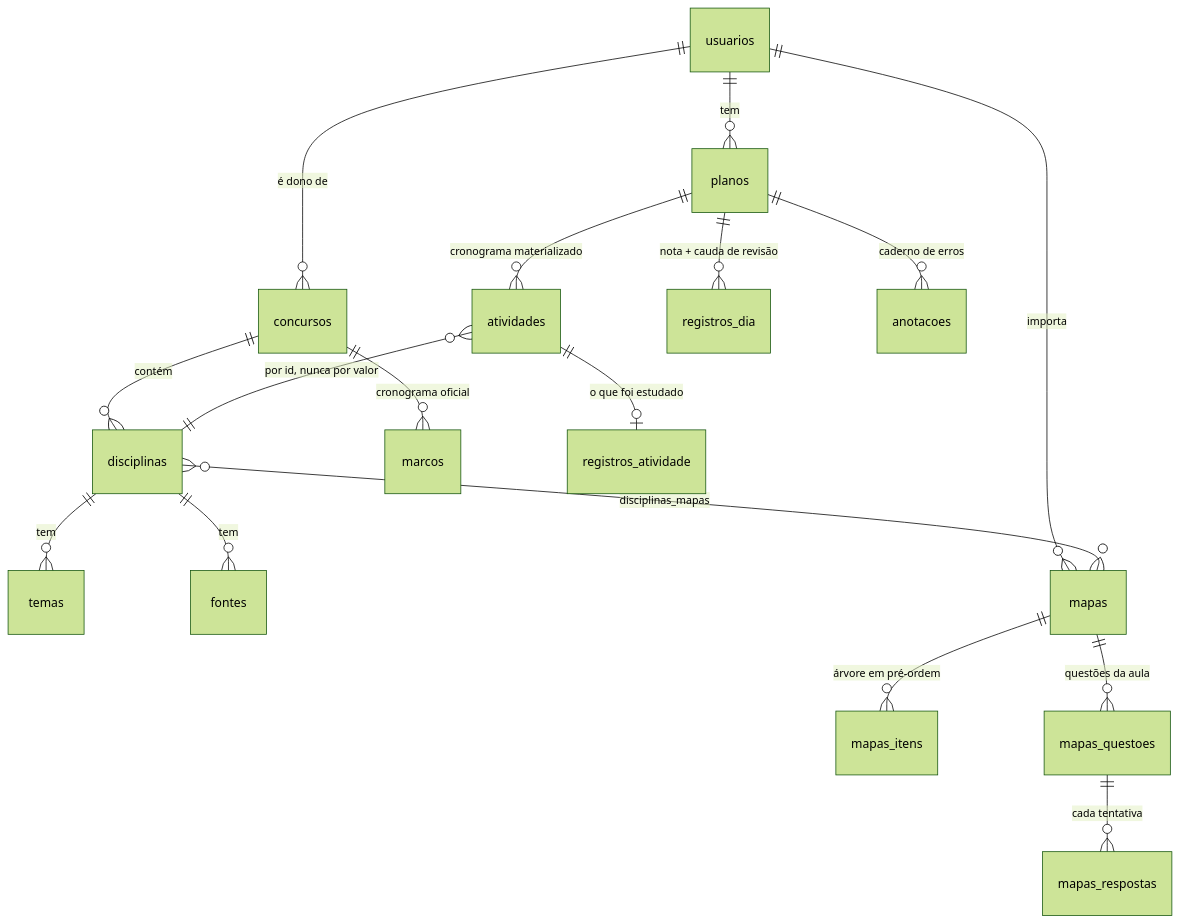
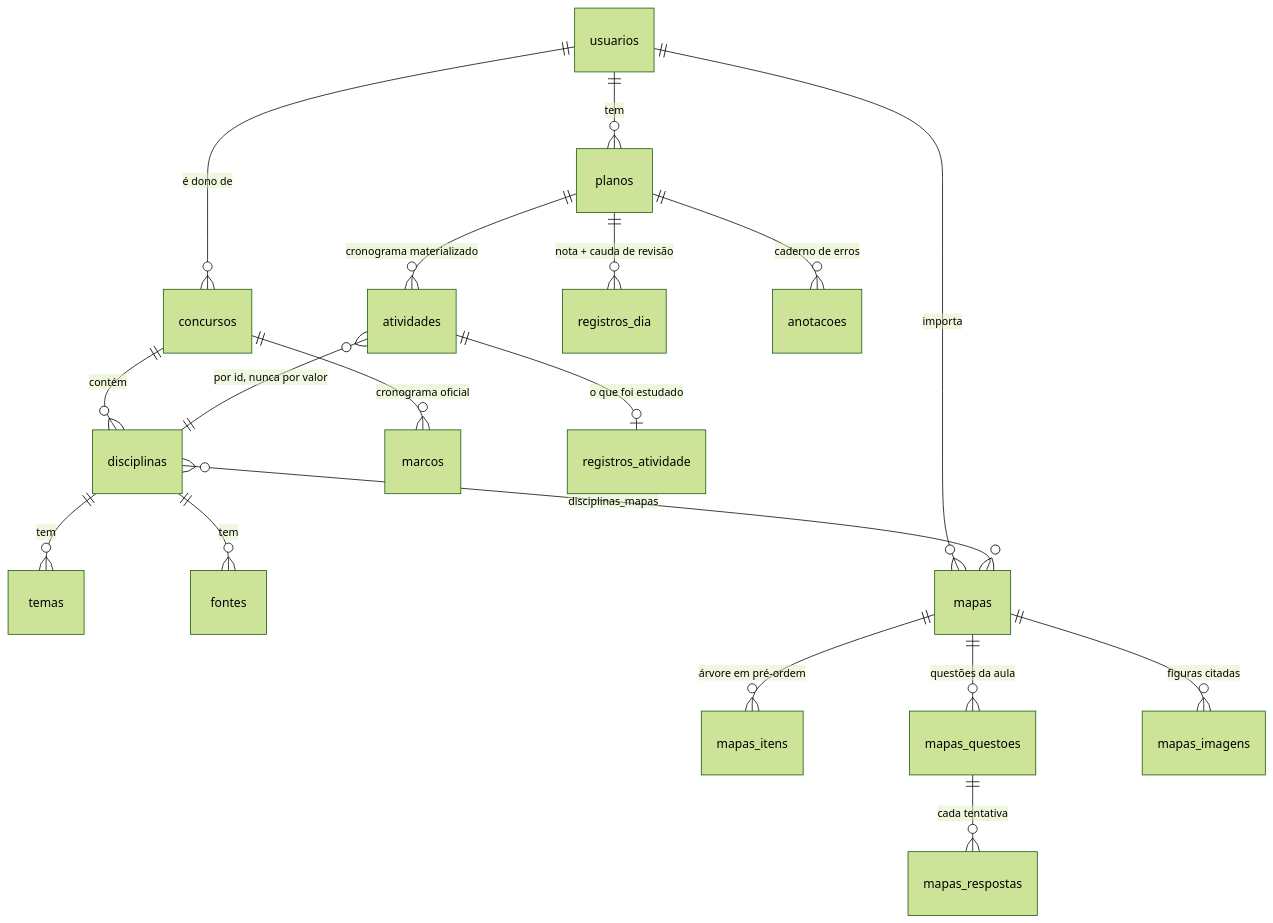
Before and after one commit to caetasousa/studygo: the second of 2 diagrams in docs/arquitetura.md, drawn with Mermaid (forest theme). The commit also changed other lines of this file and 28 other files, not shown here.

````diff
--- a/docs/arquitetura.md
+++ b/docs/arquitetura.md
@@ -106,19 +106,20 @@
 ```mermaid
 erDiagram
     usuarios  ||--o{ concursos : "é dono de"
     usuarios  ||--o{ planos : tem
     concursos ||--o{ disciplinas : contém
     disciplinas ||--o{ temas : tem
     disciplinas ||--o{ fontes : tem
     concursos ||--o{ marcos : "cronograma oficial"
     planos    ||--o{ atividades : "cronograma materializado"
     atividades ||--o| registros_atividade : "o que foi estudado"
     atividades }o--|| disciplinas : "por id, nunca por valor"
     planos    ||--o{ registros_dia : "nota + cauda de revisão"
     planos    ||--o{ anotacoes : "caderno de erros"
     usuarios  ||--o{ mapas : "importa"
     mapas     ||--o{ mapas_itens : "árvore em pré-ordem"
     mapas     ||--o{ mapas_questoes : "questões da aula"
+    mapas     ||--o{ mapas_imagens : "figuras citadas"
     mapas_questoes ||--o{ mapas_respostas : "cada tentativa"
     disciplinas }o--o{ mapas : "disciplinas_mapas"
 ```
````
